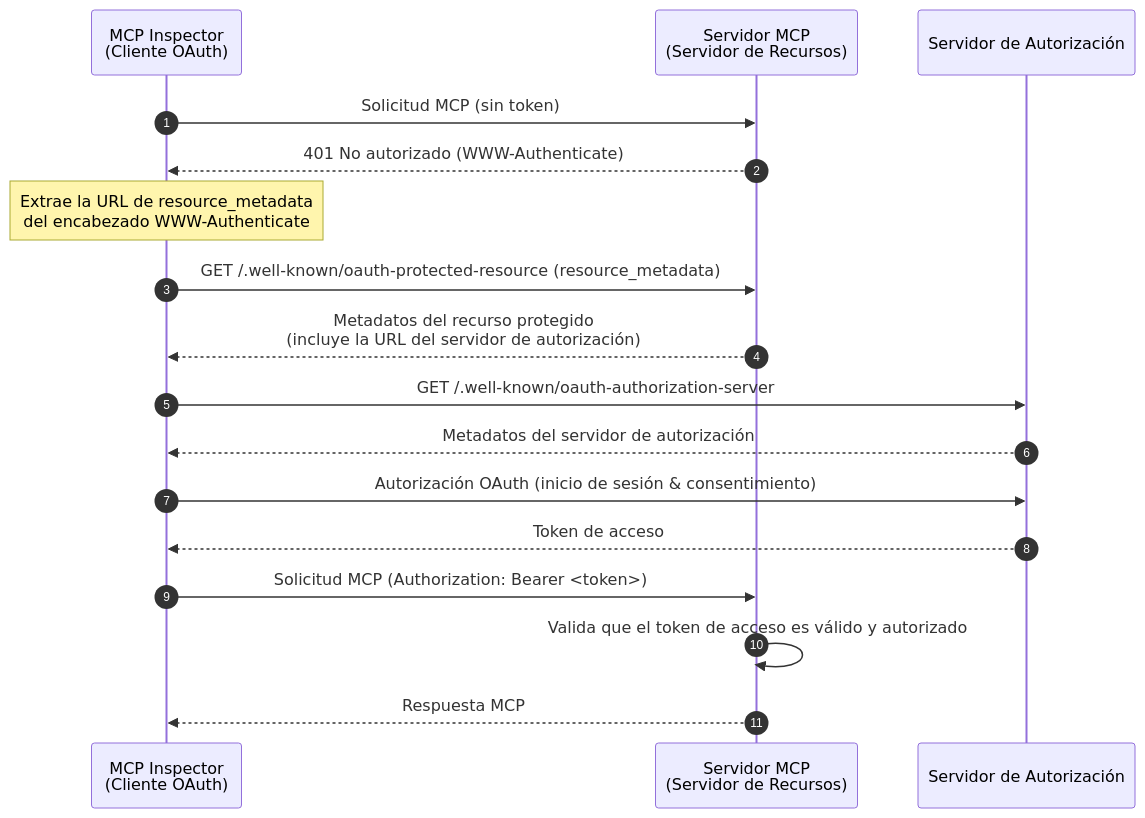
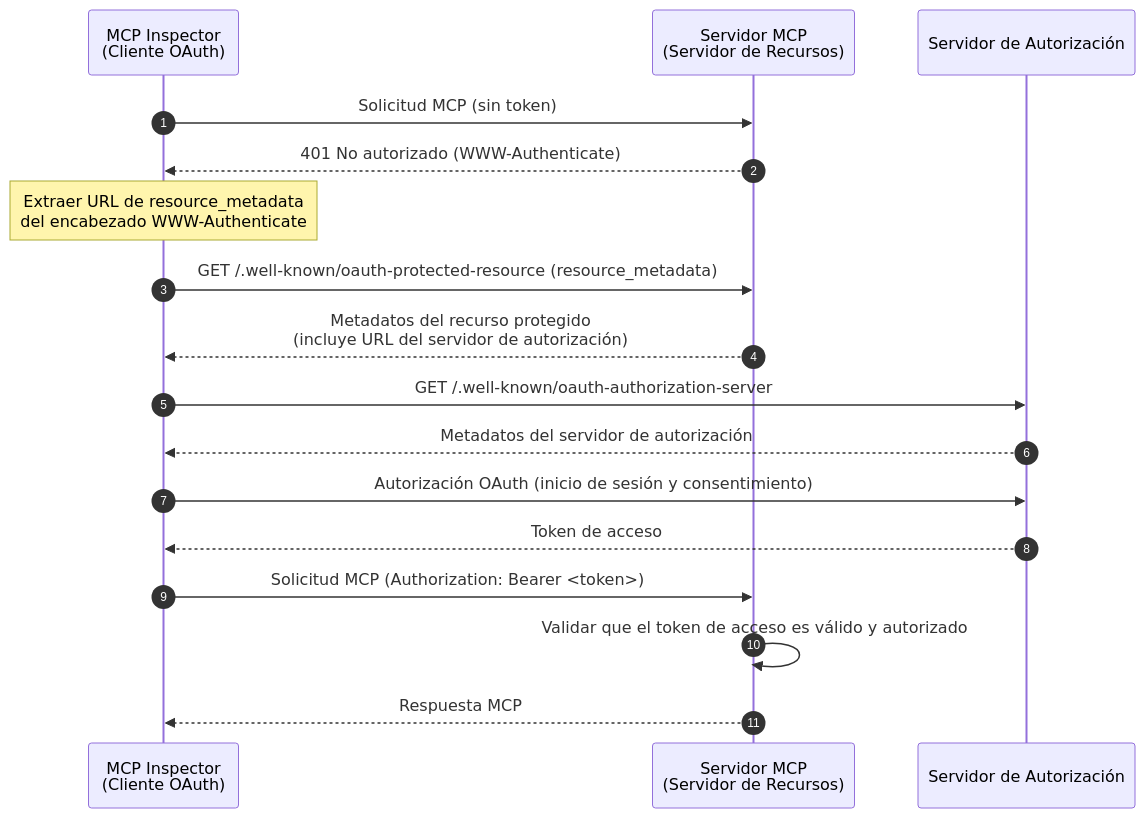
Before and after one commit to mcp-auth/docs: the first of 2 diagrams in i18n/es/docusaurus-plugin-content-docs/current/tutorials/todo-manager/README.mdx, drawn with Mermaid. The commit also changed other lines of this file and 53 other files, not shown here.

````diff
--- a/i18n/es/docusaurus-plugin-content-docs/current/tutorials/todo-manager/README.mdx
+++ b/i18n/es/docusaurus-plugin-content-docs/current/tutorials/todo-manager/README.mdx
@@ -35,23 +38,23 @@
 ```mermaid
 sequenceDiagram
   autonumber
   participant Client as MCP Inspector<br/>(Cliente OAuth)
   participant RS as Servidor MCP<br/>(Servidor de Recursos)
   participant AS as Servidor de Autorización
 
   Client->>RS: Solicitud MCP (sin token)
   RS-->>Client: 401 No autorizado (WWW-Authenticate)
-  Note over Client: Extrae la URL de resource_metadata<br/>del encabezado WWW-Authenticate
+  Note over Client: Extraer URL de resource_metadata<br/>del encabezado WWW-Authenticate
 
   Client->>RS: GET /.well-known/oauth-protected-resource (resource_metadata)
-  RS-->>Client: Metadatos del recurso protegido<br/>(incluye la URL del servidor de autorización)
+  RS-->>Client: Metadatos del recurso protegido<br/>(incluye URL del servidor de autorización)
 
   Client->>AS: GET /.well-known/oauth-authorization-server
   AS-->>Client: Metadatos del servidor de autorización
-  Client->>AS: Autorización OAuth (inicio de sesión & consentimiento)
+  Client->>AS: Autorización OAuth (inicio de sesión y consentimiento)
   AS-->>Client: Token de acceso
 
   Client->>RS: Solicitud MCP (Authorization: Bearer <token>)
-  RS->>RS: Valida que el token de acceso es válido y autorizado
+  RS->>RS: Validar que el token de acceso es válido y autorizado
   RS-->>Client: Respuesta MCP
 ```
````
